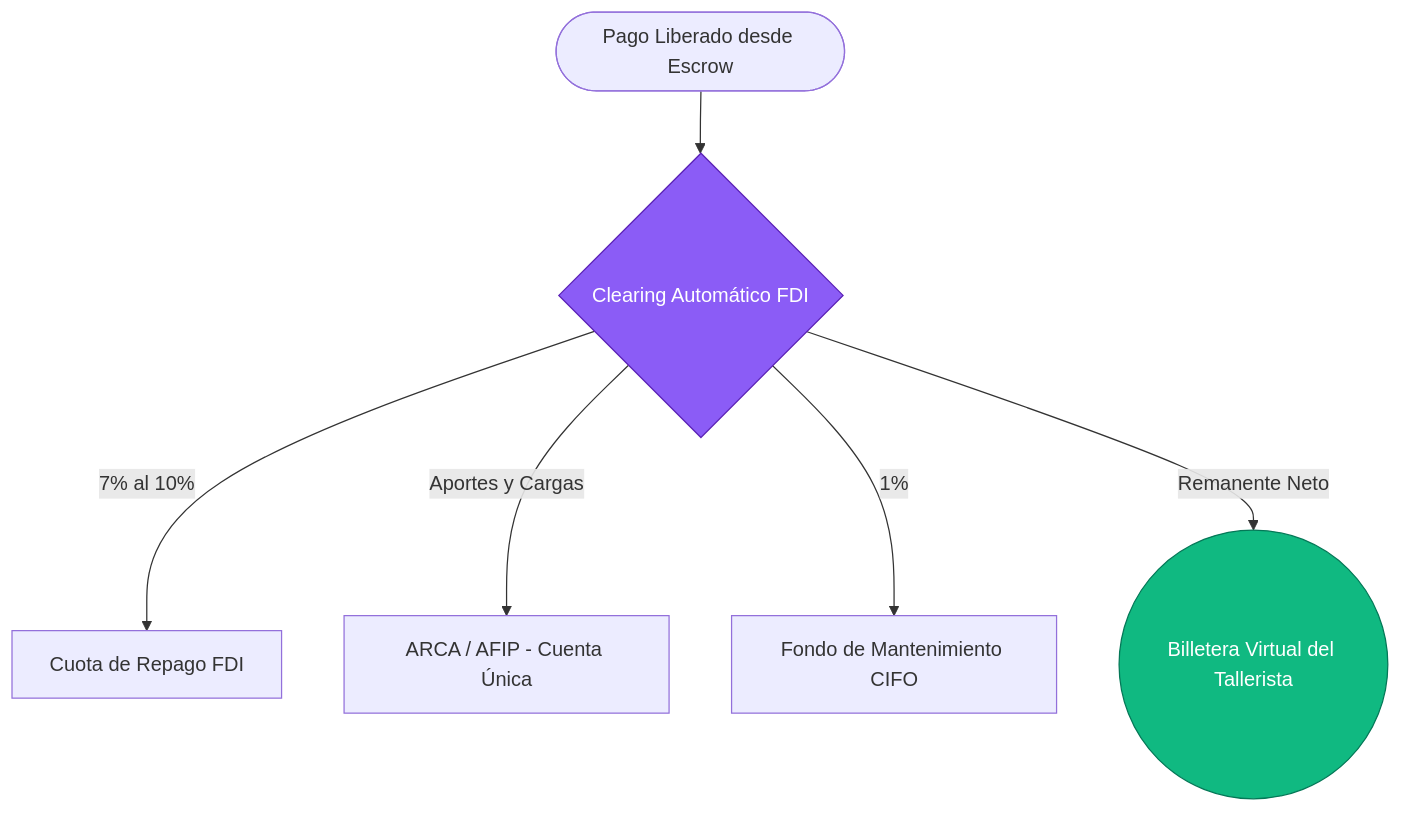
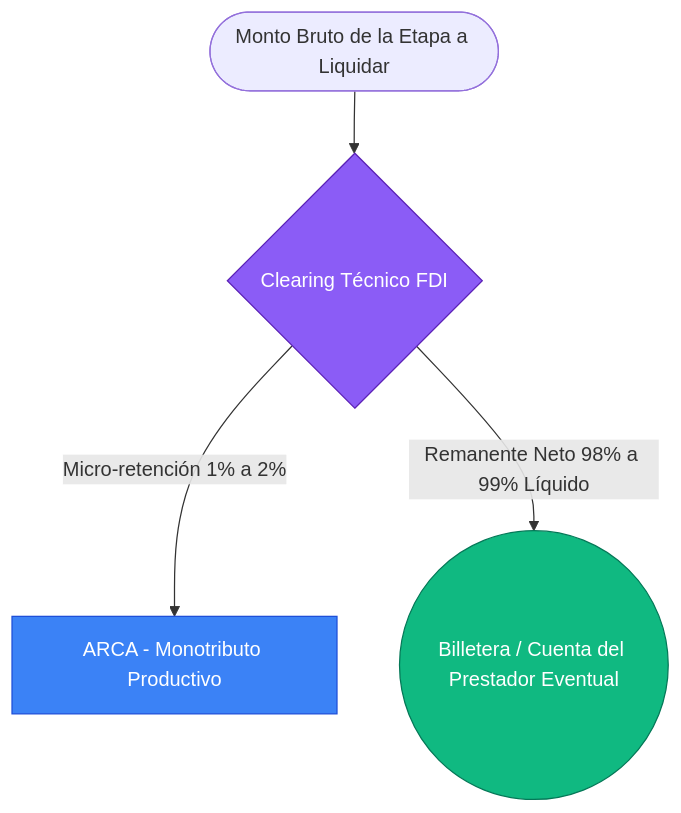
Before and after one commit to sarthouse/indinopy: the second of 2 diagrams in docs/dossier_fimca_addenda1.md, drawn with Mermaid. The commit also changed other lines of this file, not shown here.

````diff
--- a/docs/dossier_fimca_addenda1.md
+++ b/docs/dossier_fimca_addenda1.md
@@ -410,11 +409,10 @@
 ```mermaid
 flowchart TD
-    A([Pago Liberado desde Escrow]) --> B{Clearing Automático FDI}
-    B -->|7% al 10%| C[Cuota de Repago FDI]
-    B -->|Aportes y Cargas| D[ARCA / AFIP - Cuenta Única]
-    B -->|1%| E[Fondo de Mantenimiento CIFO]
-    B -->|Remanente Neto| F((Billetera Virtual del Tallerista))
+    A([Monto Bruto de la Etapa a Liquidar]) --> B{Clearing Técnico FDI}
+    B -->|Micro-retención 1% a 2%| D[ARCA - Monotributo Productivo]
+    B -->|Remanente Neto 98% a 99% Líquido| F((Billetera / Cuenta del Prestador Eventual))
     
     style B fill:#8b5cf6,stroke:#5b21b6,color:#fff
+    style D fill:#3b82f6,stroke:#1d4ed8,color:#fff
     style F fill:#10b981,stroke:#047857,color:#fff
 ```
````
